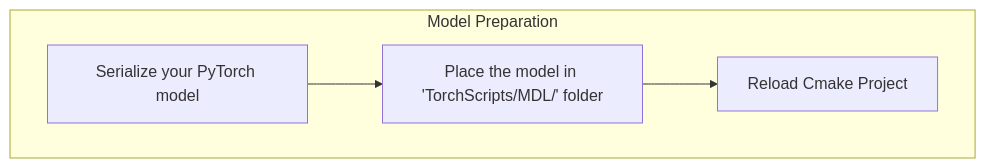
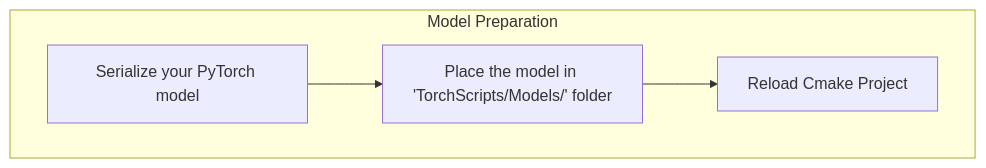
Before and after one commit to neuralmidifx/neuralmidifx.github.io: the first of 6 diagrams in docs/QuickGuides/ImplementationCheckList.md, drawn with Mermaid. The commit also changed other lines of this file and 5 other files, not shown here.

````diff
--- a/docs/QuickGuides/ImplementationCheckList.md
+++ b/docs/QuickGuides/ImplementationCheckList.md
@@ -30,9 +30,9 @@
 ```mermaid
 graph TD
 
     %% Your Model
     subgraph ModelPreparation["Model Preparation"]
-        A1[Serialize your PyTorch model] --> A2[Place the model in 'TorchScripts/MDL/' folder]
+        A1[Serialize your PyTorch model] --> A2[Place the model in 'TorchScripts/Models/' folder]
         A2 --> A3[Reload Cmake Project]
     end
 ```
````
